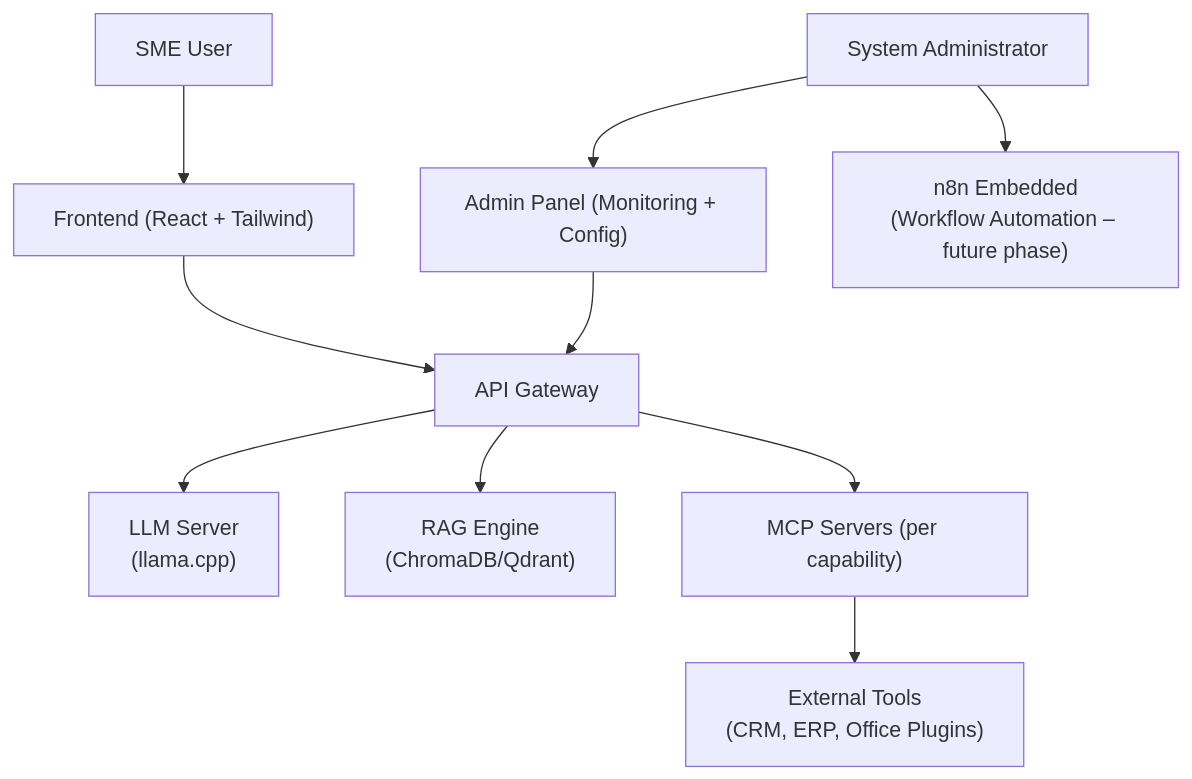
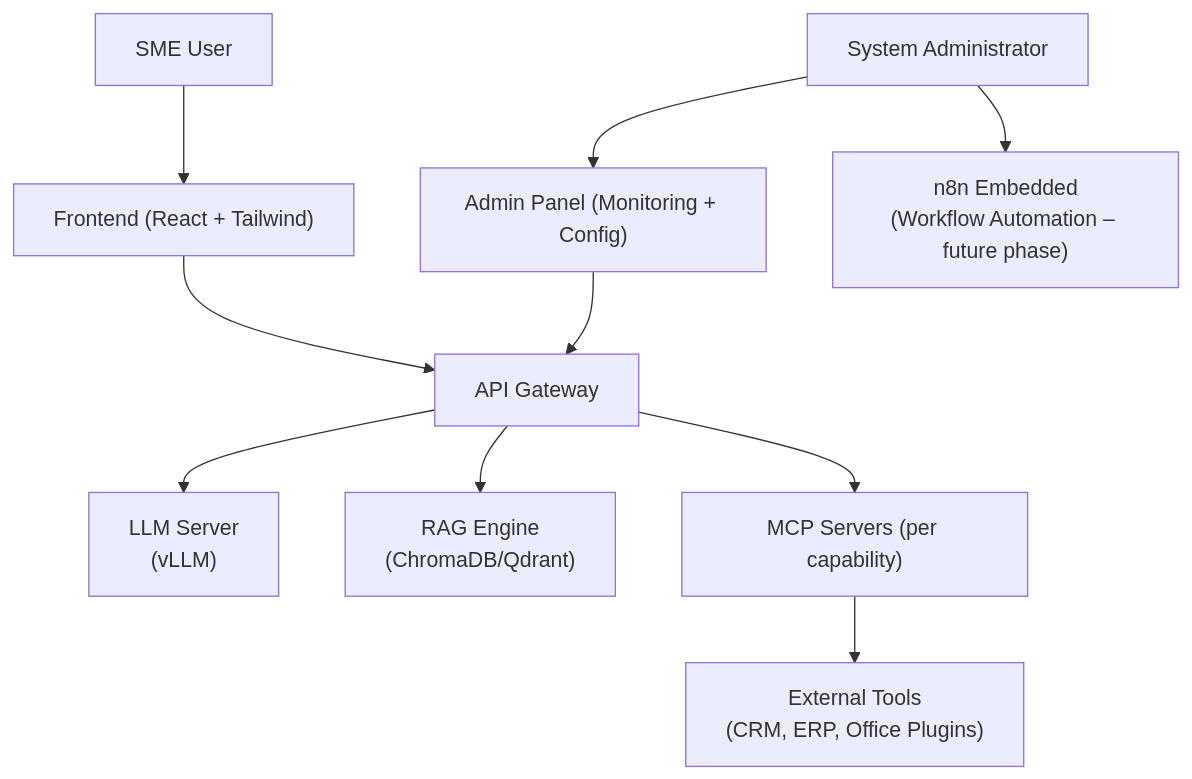
One commit to Sentra-Brain/sentra-platform changed the diagram in docs/arc42/00_overview.md. Above: the diagram before and after it, drawn with Mermaid. The commit also changed other lines of this file and 8 other files, not shown here.

Commit message:
refactor: update documentation and code references to replace llama.cpp with vLLM as the default LLM backend

````diff
--- a/docs/arc42/00_overview.md
+++ b/docs/arc42/00_overview.md
@@ -37,23 +37,23 @@
 ```mermaid
 graph TD
     User["SME User"]
     Admin["System Administrator"]
     Frontend["Frontend (React + Tailwind)"]
     AdminPanel["Admin Panel (Monitoring + Config)"]
     n8n["n8n Embedded<br/>(Workflow Automation – future phase)"]
     Gateway["API Gateway"]
-    LLM["LLM Server<br/>(llama.cpp)"]
+    LLM["LLM Server<br/>(vLLM)"]
     RAG["RAG Engine<br/>(ChromaDB/Qdrant)"]
     MCP["MCP Servers (per capability)"]
     ExternalTools["External Tools<br/>(CRM, ERP, Office Plugins)"]
 
     User --> Frontend
     Admin --> AdminPanel
     Admin --> n8n
     Frontend --> Gateway
     AdminPanel --> Gateway
     Gateway --> LLM
     Gateway --> RAG
     Gateway --> MCP
     MCP --> ExternalTools
 ```
````
